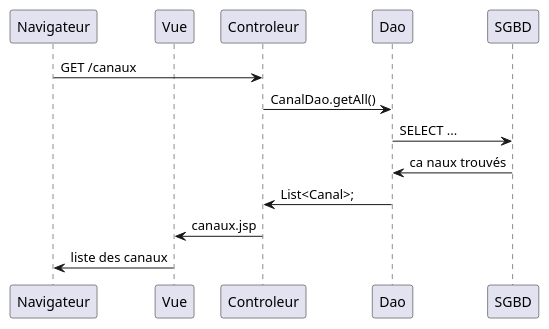
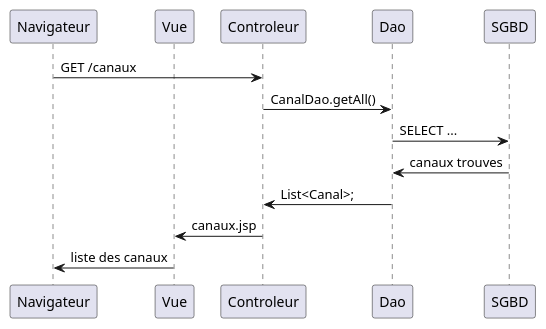
The diagram in src/main/webapp/doc/listerCanaux.puml (michel-plasse/siomassy2021), drawn with PlantUML before and after one commit. The commit also changed 6 other files, not shown here.

```diff
--- a/src/main/webapp/doc/listerCanaux.puml
+++ b/src/main/webapp/doc/listerCanaux.puml
@@ -1,14 +1,14 @@
  @startuml
 ' par défaut, les couches sont disposées dans l'ordre d'apparition
 ' nous utilison participant pour préciser qu'après Navigateur il y a Vue et non Controleur
 participant Navigateur
 participant Vue
 
 Navigateur -> Controleur: GET /canaux
 Controleur -> Dao: CanalDao.getAll()
 Dao -> SGBD: SELECT ...
-SGBD -> Dao: ca naux trouvés 
+SGBD -> Dao: canaux trouves 
 Dao -> Controleur: List<Canal>;
 Controleur -> Vue: canaux.jsp
 Vue -> Navigateur: liste des canaux
 @enduml
```
